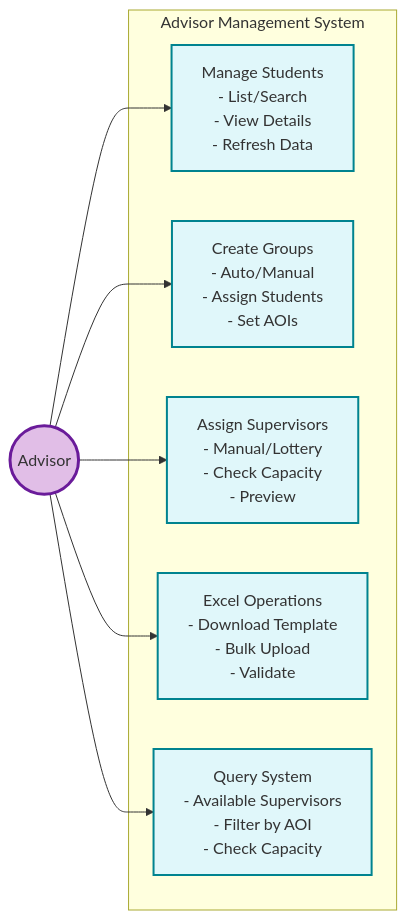
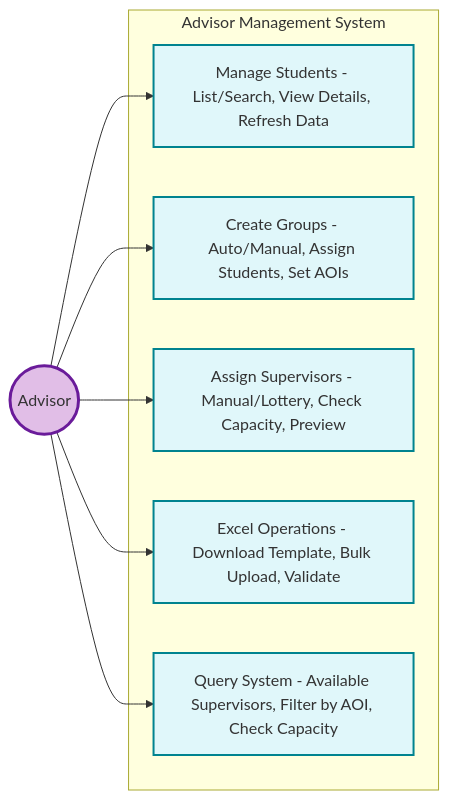
The third of 5 diagrams in documentation/roles/Advisor-use-case-diagram.md (abdullah2323442/thesisrepo-backup), drawn with Mermaid before and after one commit. The commit also changed other lines of this file and 5 other files, not shown here.

Commit message:
refactor(use-case-diagrams): Enhance readability of use case diagrams by simplifying text formatting across multiple roles

````diff
--- a/documentation/roles/Advisor-use-case-diagram.md
+++ b/documentation/roles/Advisor-use-case-diagram.md
@@ -151,29 +151,29 @@
 ```mermaid
 graph LR
     %% Actor
     Advisor((Advisor))
     
     %% System Boundary
     subgraph System["Advisor Management System"]
         %% Core Use Cases
-        UC1[Manage Students<br/>- List/Search<br/>- View Details<br/>- Refresh Data]
-        UC2[Create Groups<br/>- Auto/Manual<br/>- Assign Students<br/>- Set AOIs]
-        UC3[Assign Supervisors<br/>- Manual/Lottery<br/>- Check Capacity<br/>- Preview]
-        UC4[Excel Operations<br/>- Download Template<br/>- Bulk Upload<br/>- Validate]
-        UC5[Query System<br/>- Available Supervisors<br/>- Filter by AOI<br/>- Check Capacity]
+        UC1["Manage Students - List/Search, View Details, Refresh Data"]
+        UC2["Create Groups - Auto/Manual, Assign Students, Set AOIs"]
+        UC3["Assign Supervisors - Manual/Lottery, Check Capacity, Preview"]
+        UC4["Excel Operations - Download Template, Bulk Upload, Validate"]
+        UC5["Query System - Available Supervisors, Filter by AOI, Check Capacity"]
     end
     
     %% Connections
     Advisor --> UC1
     Advisor --> UC2
     Advisor --> UC3
     Advisor --> UC4
     Advisor --> UC5
     
     %% Styling
     classDef actor fill:#e1bee7,stroke:#6a1b9a,stroke-width:3px
     classDef usecase fill:#e0f7fa,stroke:#00838f,stroke-width:2px
     
     class Advisor actor
     class UC1,UC2,UC3,UC4,UC5 usecase
 ```
````
